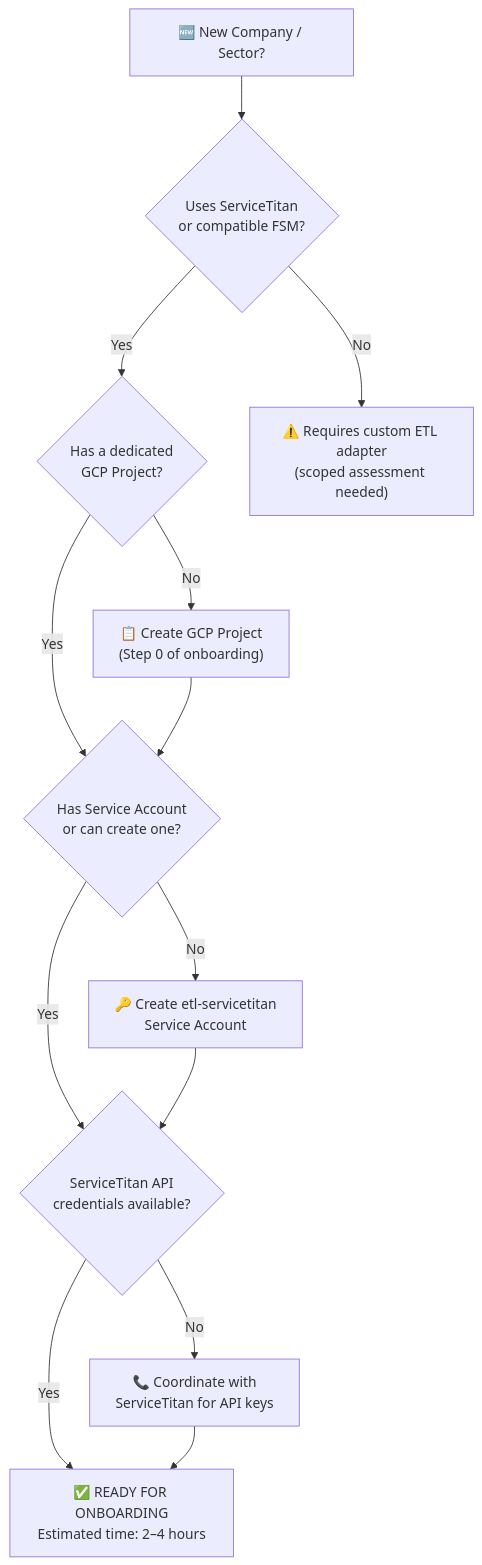
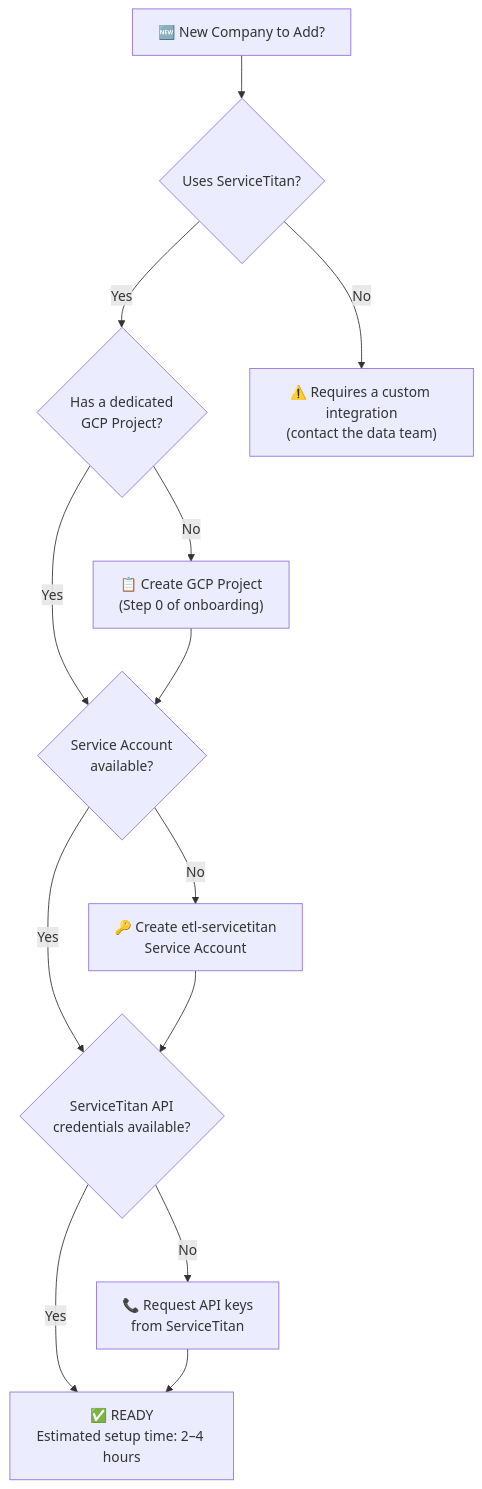
Before and after one commit to hermann-peachcfo/project: the first of 2 diagrams in Scalability_Blueprint.md, drawn with Mermaid. The commit also changed other lines of this file, not shown here.

````diff
--- a/Scalability_Blueprint.md
+++ b/Scalability_Blueprint.md
@@ -12,15 +12,15 @@
 ```mermaid
 graph TD
-    START["🆕 New Company / Sector?"] --> Q1{"Uses ServiceTitan\nor compatible FSM?"}
+    START["🆕 New Company to Add?"] --> Q1{"Uses ServiceTitan?"}
     Q1 -->|Yes| Q2{"Has a dedicated\nGCP Project?"}
-    Q1 -->|No| ALT["⚠️ Requires custom ETL adapter\n(scoped assessment needed)"]
-    Q2 -->|Yes| Q3{"Has Service Account\nor can create one?"}
+    Q1 -->|No| ALT["⚠️ Requires a custom integration\n(contact the data team)"]
+    Q2 -->|Yes| Q3{"Service Account\navailable?"}
     Q2 -->|No| GCPNEW["📋 Create GCP Project\n(Step 0 of onboarding)"]
     GCPNEW --> Q3
     Q3 -->|Yes| Q4{"ServiceTitan API\ncredentials available?"}
     Q3 -->|No| SANEW["🔑 Create etl-servicetitan\nService Account"]
     SANEW --> Q4
-    Q4 -->|Yes| READY["✅ READY FOR ONBOARDING\nEstimated time: 2–4 hours"]
-    Q4 -->|No| STCRED["📞 Coordinate with\nServiceTitan for API keys"]
+    Q4 -->|Yes| READY["✅ READY\nEstimated setup time: 2–4 hours"]
+    Q4 -->|No| STCRED["📞 Request API keys\nfrom ServiceTitan"]
     STCRED --> READY
 ```
````
